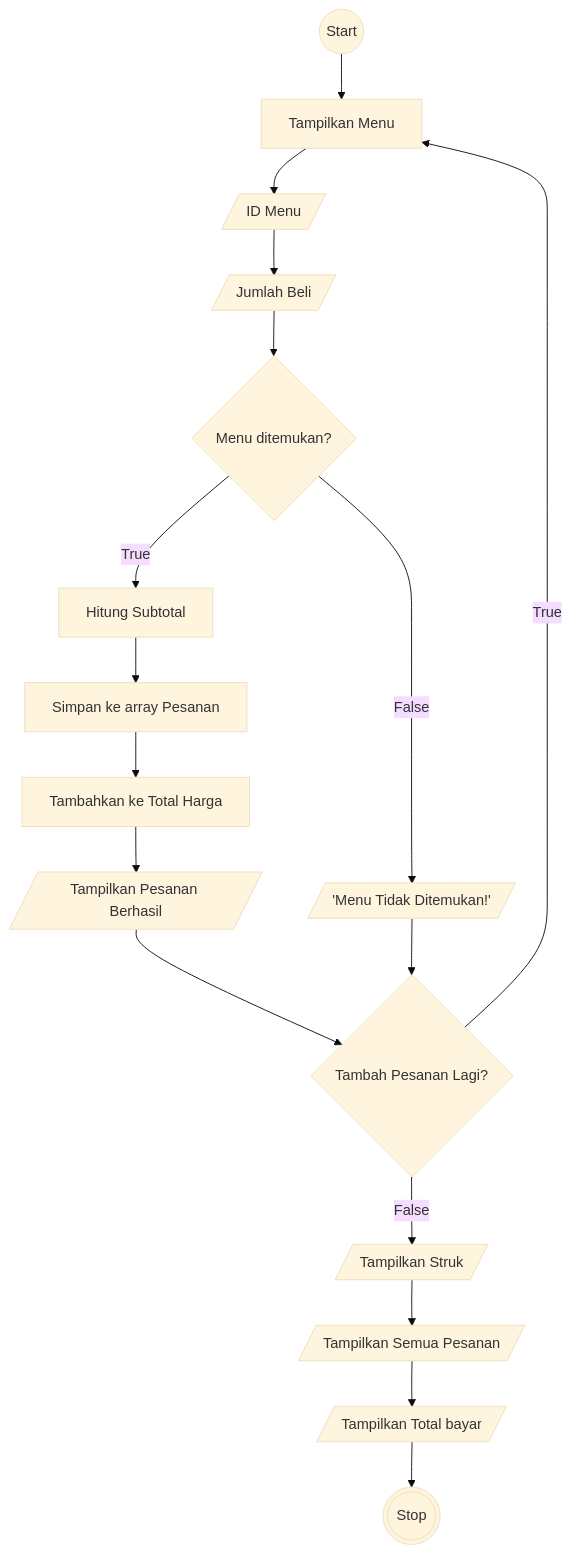
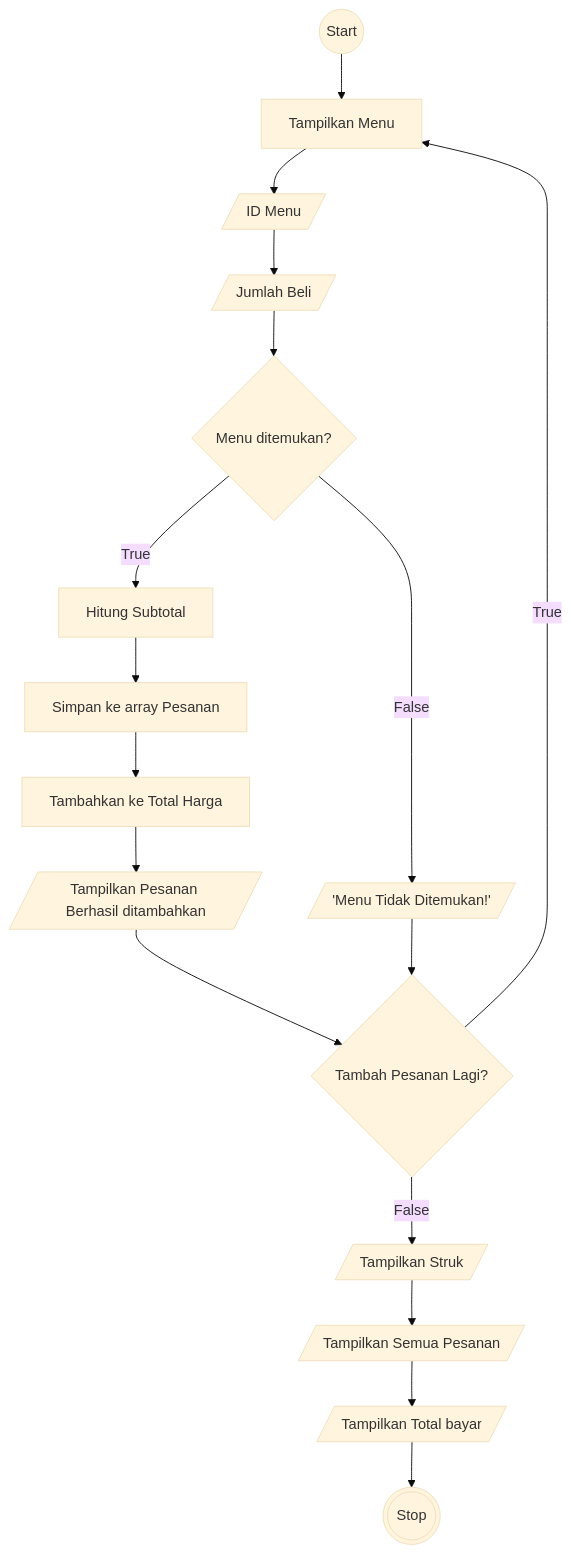
The first of 2 diagrams in readme.md (MuhamadRafliShidiq/koda-b8-weekly1), drawn with Mermaid (base theme) before and after one commit.

````diff
--- a/readme.md
+++ b/readme.md
@@ -5,29 +5,29 @@
 ```mermaid
 
     flowchart TD
 
     a@{ shape: circle, label: "Start"}
     b@{ shape: rect, label: "Tampilkan Menu"}
     c@{ shape: lean-r, label: "ID Menu"}
     d@{ shape: lean-r, label: "Jumlah Beli"}
     e@{ shape: diamond, label: "Menu ditemukan?"}
     f@{ shape: rect, label: "Hitung Subtotal" }
     g@{ shape: rect, label: "Simpan ke array Pesanan" }
     h@{ shape: rect, label: "Tambahkan ke Total Harga" }
-    i@{ shape: lean-r, label : "Tampilkan Pesanan Berhasil"}
+    i@{ shape: lean-r, label : "Tampilkan Pesanan Berhasil ditambahkan"}
     z@{ shape: lean-r, label : "'Menu Tidak Ditemukan!'"}
     j@{ shape: diamond, label: "Tambah Pesanan Lagi?"}
     k@{ shape: lean-r, label : "Tampilkan Struk"}
     l@{ shape: lean-r, label : "Tampilkan Semua Pesanan"}
     m@{ shape: lean-r, label : "Tampilkan Total bayar"}
     n@{ shape: dbl-circ, label: "Stop"}
 
     a-->b-->c-->d-->e
     e--True-->f-->g-->h-->i-->j
     e--False-->z-->j
     j--True-->b
     j--False-->k-->l-->m-->n
 
 
 
 ```
````
